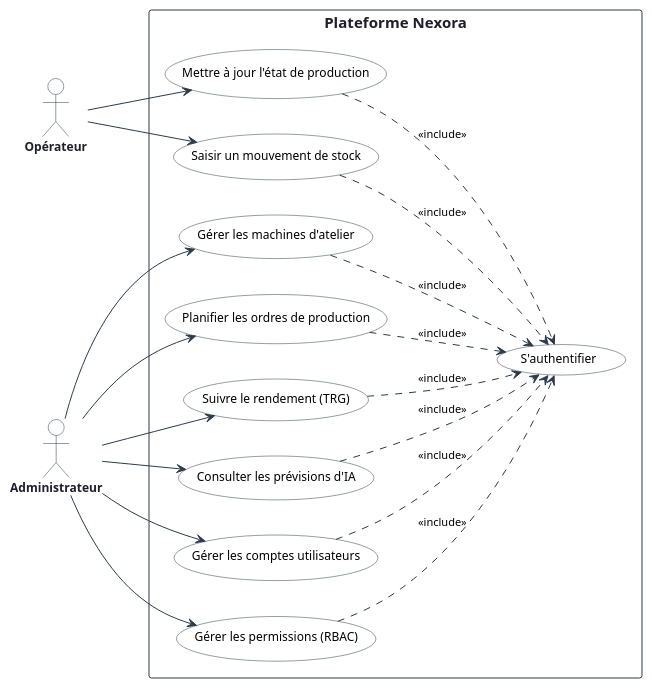
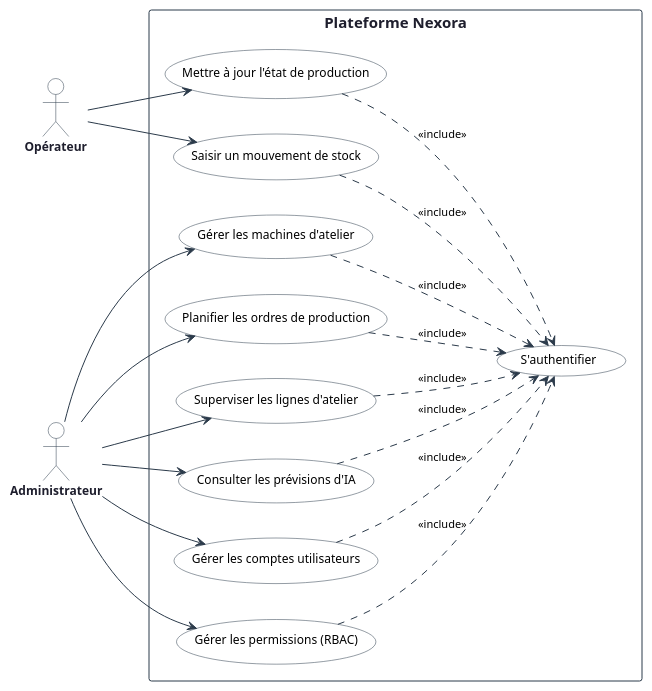
The diagram in Rapport/diagrams/global_usecase.puml (ayoubmek/PFE_data_science), drawn with PlantUML before and after one commit. The commit also changed 73 other files, not shown here.

```diff
--- a/Rapport/diagrams/global_usecase.puml
+++ b/Rapport/diagrams/global_usecase.puml
@@ -1,74 +1,74 @@
 @startuml global_usecase
 left to right direction
 skinparam packageStyle rectangle
 skinparam shadowing false
 
 skinparam usecase {
     BackgroundColor White
     BorderColor #2B3A4A
     ArrowColor #2B3A4A
     FontSize 12
     FontName Arial
 }
 
 skinparam actor {
     BackgroundColor White
     BorderColor #2B3A4A
     FontColor #1E1E2D
     FontSize 12
     FontName Arial
     FontStyle bold
 }
 
 skinparam rectangle {
     BackgroundColor White
     BorderColor #2B3A4A
     FontSize 15
     FontName Arial
     FontStyle bold
     FontColor #1E1E2D
 }
 
 skinparam arrow {
     Color #2B3A4A
     FontName Arial
     FontSize 11
 }
 
 actor "Opérateur" as OPE
 actor "Administrateur" as ADM
 
 rectangle "Plateforme Nexora" {
     usecase "S'authentifier" as UC0
     usecase "Mettre à jour l'état de production" as UC1
     usecase "Saisir un mouvement de stock" as UC2
     usecase "Gérer les machines d'atelier" as UC3
     usecase "Planifier les ordres de production" as UC4
-    usecase "Suivre le rendement (TRG)" as UC5
+    usecase "Superviser les lignes d'atelier" as UC5
     usecase "Consulter les prévisions d'IA" as UC6
     usecase "Gérer les comptes utilisateurs" as UC7
     usecase "Gérer les permissions (RBAC)" as UC8
 }
 
 ' Associations Opérateur
 OPE --> UC1
 OPE --> UC2
 
 ' Associations Administrateur
 ADM --> UC3
 ADM --> UC4
 ADM --> UC5
 ADM --> UC6
 ADM --> UC7
 ADM --> UC8
 
 ' Relations d'inclusion
 UC1 ..> UC0 : <<include>>
 UC2 ..> UC0 : <<include>>
 UC3 ..> UC0 : <<include>>
 UC4 ..> UC0 : <<include>>
 UC5 ..> UC0 : <<include>>
 UC6 ..> UC0 : <<include>>
 UC7 ..> UC0 : <<include>>
 UC8 ..> UC0 : <<include>>
 @enduml
```
